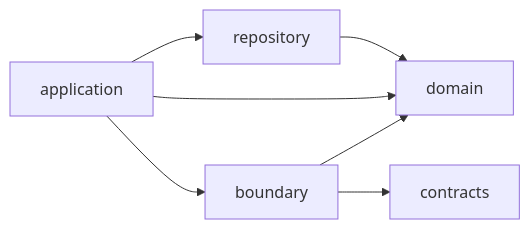
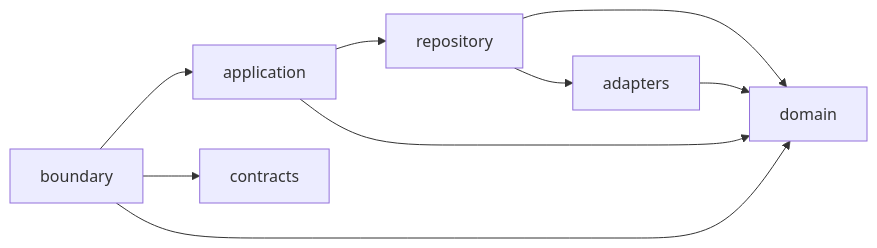
One commit to adesso-austria/workshop-architectures-love-js changed the first of 3 diagrams in docs/Backend Architecture.md. Above: the diagram before and after it, drawn with Mermaid. The commit also changed other lines of this file and 13 other files, not shown here.

Commit message:
feat(backend): cement adapted architecture

````diff
--- a/docs/Backend Architecture.md
+++ b/docs/Backend Architecture.md
@@ -1,6 +1,7 @@
 ```mermaid
 flowchart LR
-repository-->domain
-application-->domain & repository & boundary
-boundary-->domain & contracts
+repository-->domain & adapters
+adapters-->domain
+application-->domain & repository
+boundary-->domain & contracts & application
 ```
````
